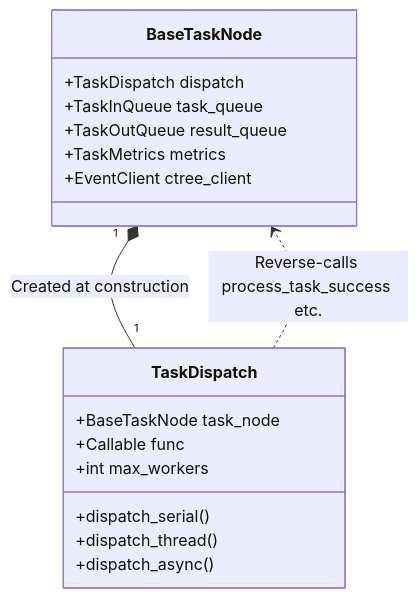
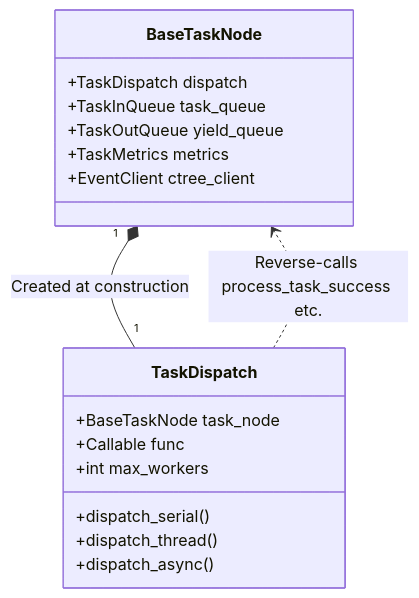
One commit to Mr-xiaotian/CelestialFlow changed the second of 2 diagrams in docs/en/src/node/core_dispatch.md. Above: the diagram before and after it, drawn with Mermaid. The commit also changed other lines of this file and 211 other files, not shown here.

````diff
--- a/docs/en/src/node/core_dispatch.md
+++ b/docs/en/src/node/core_dispatch.md
@@ -158,21 +143,21 @@
 ```mermaid
 classDiagram
     class BaseTaskNode {
         +TaskDispatch dispatch
         +TaskInQueue task_queue
-        +TaskOutQueue result_queue
+        +TaskOutQueue yield_queue
         +TaskMetrics metrics
         +EventClient ctree_client
     }
     class TaskDispatch {
         +BaseTaskNode task_node
         +Callable func
         +int max_workers
         +dispatch_serial()
         +dispatch_thread()
         +dispatch_async()
     }
 
     BaseTaskNode "1" *-- "1" TaskDispatch : Created at construction
     TaskDispatch ..> BaseTaskNode : Reverse-calls process_task_success etc.
 ```
````
